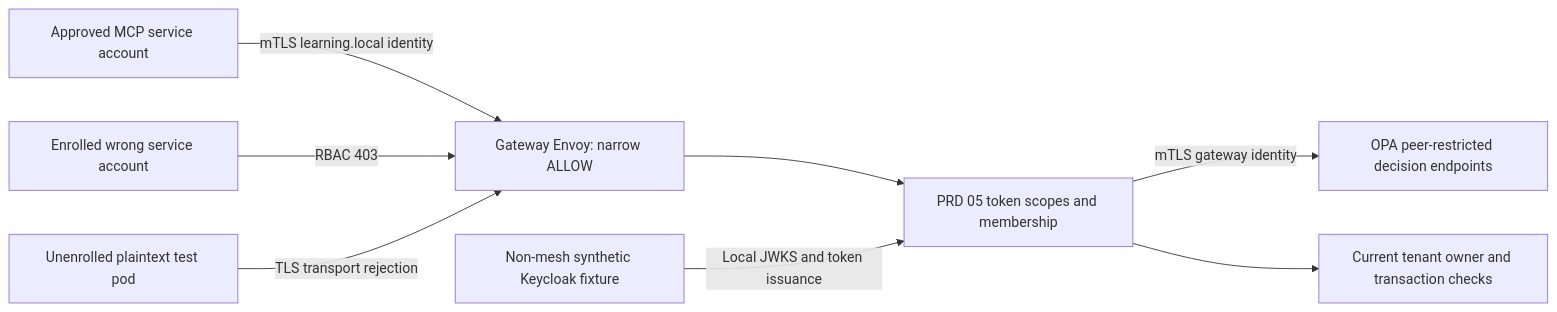
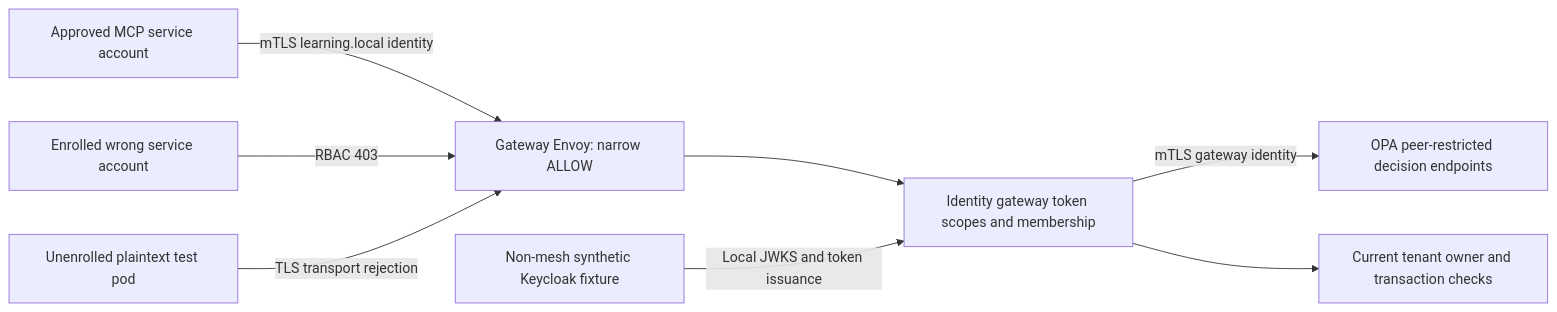
The diagram in code/README.md (rcnsessions-eng/06-istio-workload-security), drawn with Mermaid before and after one commit. The commit also changed other lines of this file, not shown here.

Commit message:
docs: remove PRD references from workshop documentation

````diff
--- a/code/README.md
+++ b/code/README.md
@@ -28,10 +28,10 @@
 ```mermaid
 flowchart LR
     MCP[Approved MCP service account] -->|mTLS learning.local identity| Proxy[Gateway Envoy: narrow ALLOW]
     Wrong[Enrolled wrong service account] -->|RBAC 403| Proxy
     Plain[Unenrolled plaintext test pod] -->|TLS transport rejection| Proxy
-    Proxy --> Gateway[PRD 05 token scopes and membership]
+    Proxy --> Gateway[Identity gateway token scopes and membership]
     Gateway -->|mTLS gateway identity| OPA[OPA peer-restricted decision endpoints]
     Gateway --> Repository[Current tenant owner and transaction checks]
     Fixture[Non-mesh synthetic Keycloak fixture] -->|Local JWKS and token issuance| Gateway
 ```
````
